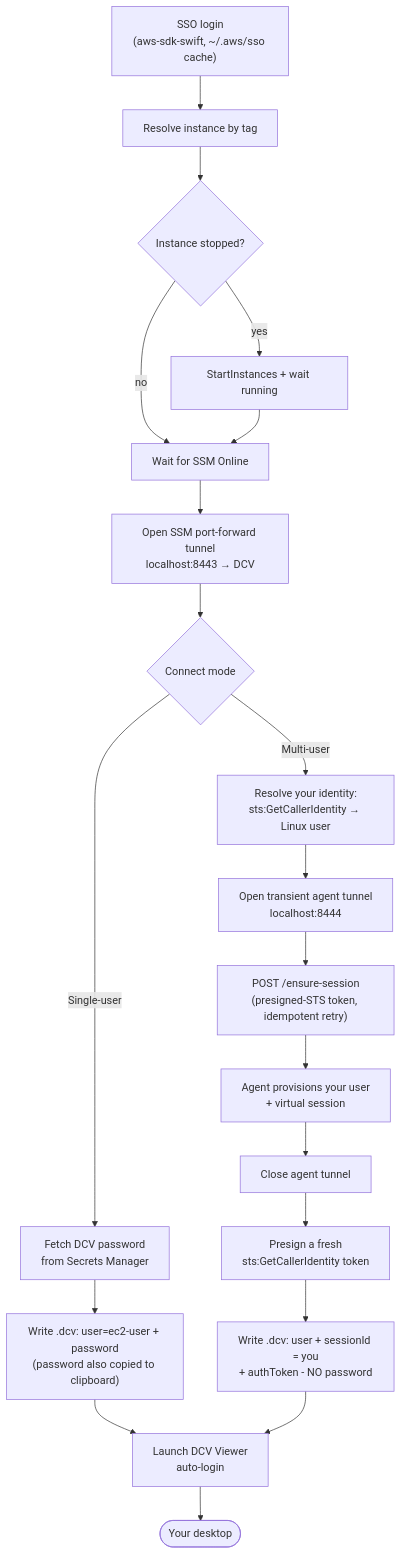
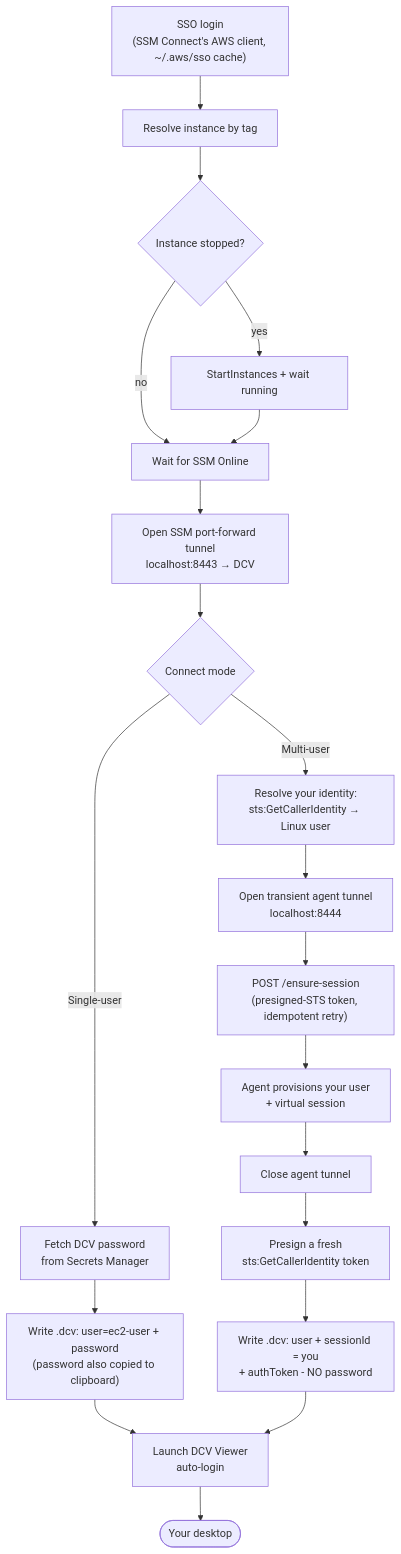
Before and after one commit to vhco-pro/ssm-connect: the diagram in README.md, drawn with Mermaid. The commit also changed other lines of this file and 37 other files, not shown here.

First line of the commit message:
feat(macos): run on SSM Connect's AWS client and drop the AWS SDK

````diff
--- a/README.md
+++ b/README.md
@@ -272,25 +272,25 @@
 ```mermaid
 graph TD
-    A["SSO login<br/>(aws-sdk-swift, ~/.aws/sso cache)"] --> B[Resolve instance by tag]
+    A["SSO login<br/>(SSM Connect's AWS client, ~/.aws/sso cache)"] --> B[Resolve instance by tag]
     B --> C{Instance stopped?}
     C -->|yes| D["StartInstances + wait running"]
     C -->|no| E
     D --> E[Wait for SSM Online]
     E --> F["Open SSM port-forward tunnel<br/>localhost:8443 → DCV"]
     F --> G{Connect mode}
 
     G -->|Single-user| H[Fetch DCV password<br/>from Secrets Manager]
     H --> I["Write .dcv: user=ec2-user + password<br/>(password also copied to clipboard)"]
 
     G -->|Multi-user| K["Resolve your identity:<br/>sts:GetCallerIdentity → Linux user"]
     K --> L["Open transient agent tunnel<br/>localhost:8444"]
     L --> M["POST /ensure-session<br/>(presigned-STS token, idempotent retry)"]
     M --> N["Agent provisions your user<br/>+ virtual session"]
     N --> O[Close agent tunnel]
     O --> P["Presign a fresh<br/>sts:GetCallerIdentity token"]
     P --> Q["Write .dcv: user + sessionId = you<br/>+ authToken - NO password"]
 
     I --> J[Launch DCV Viewer<br/>auto-login]
     Q --> J
     J --> R([Your desktop])
 ```
````
